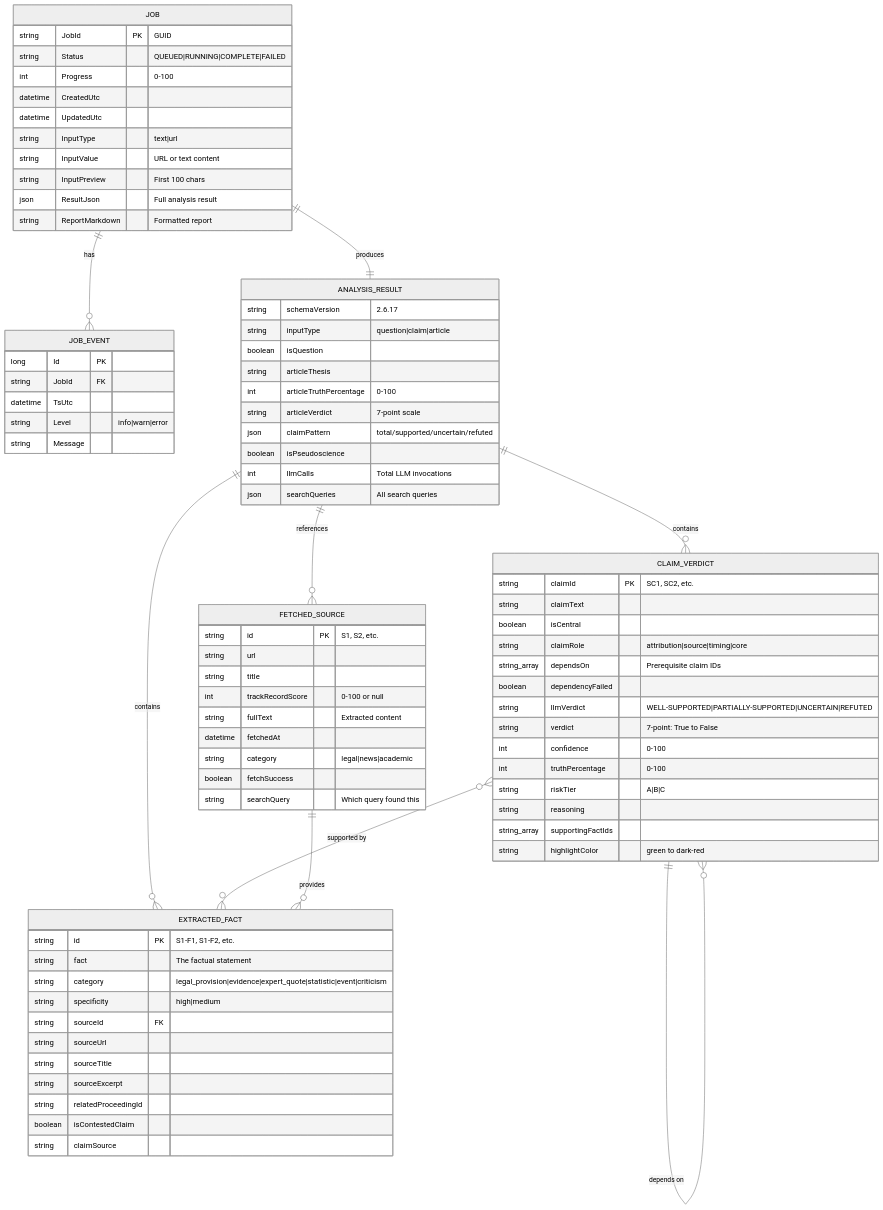
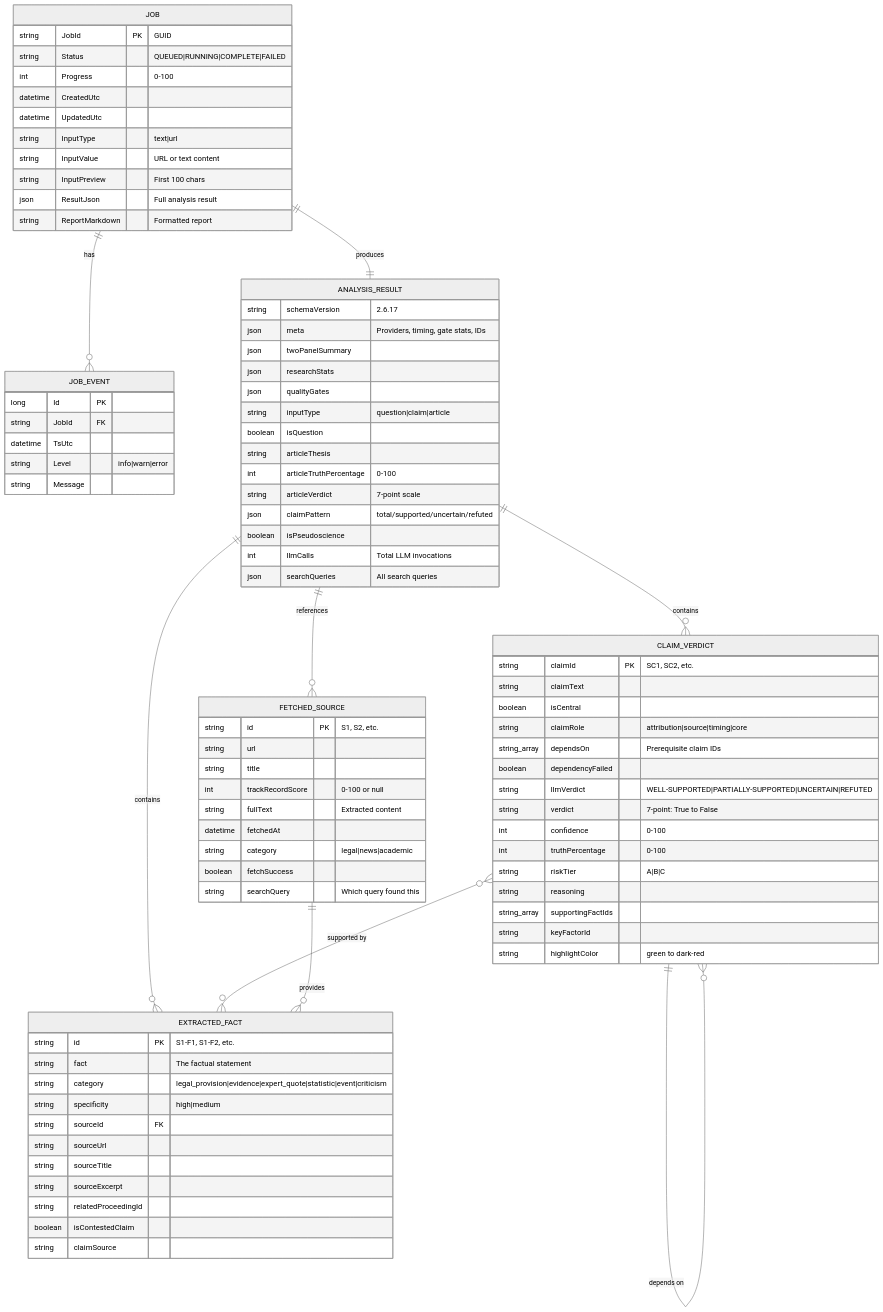
Before and after one commit to robertschaub/FactHarbor: the third of 8 diagrams in Docs/FactHarbor POC1 Architecture Analysis.md, drawn with Mermaid (neutral theme). The commit also changed other lines of this file and 6 other files, not shown here.

```diff
--- a/Docs/FactHarbor POC1 Architecture Analysis.md
+++ b/Docs/FactHarbor POC1 Architecture Analysis.md
@@ -240,6 +250,10 @@
 
     ANALYSIS_RESULT {
         string schemaVersion "2.6.17"
+        json meta "Providers, timing, gate stats, IDs"
+        json twoPanelSummary
+        json researchStats
+        json qualityGates
         string inputType "question|claim|article"
         boolean isQuestion
         string articleThesis
@@ -265,6 +279,7 @@
         string riskTier "A|B|C"
         string reasoning
         string_array supportingFactIds
+        string keyFactorId
         string highlightColor "green to dark-red"
     }
 
```
